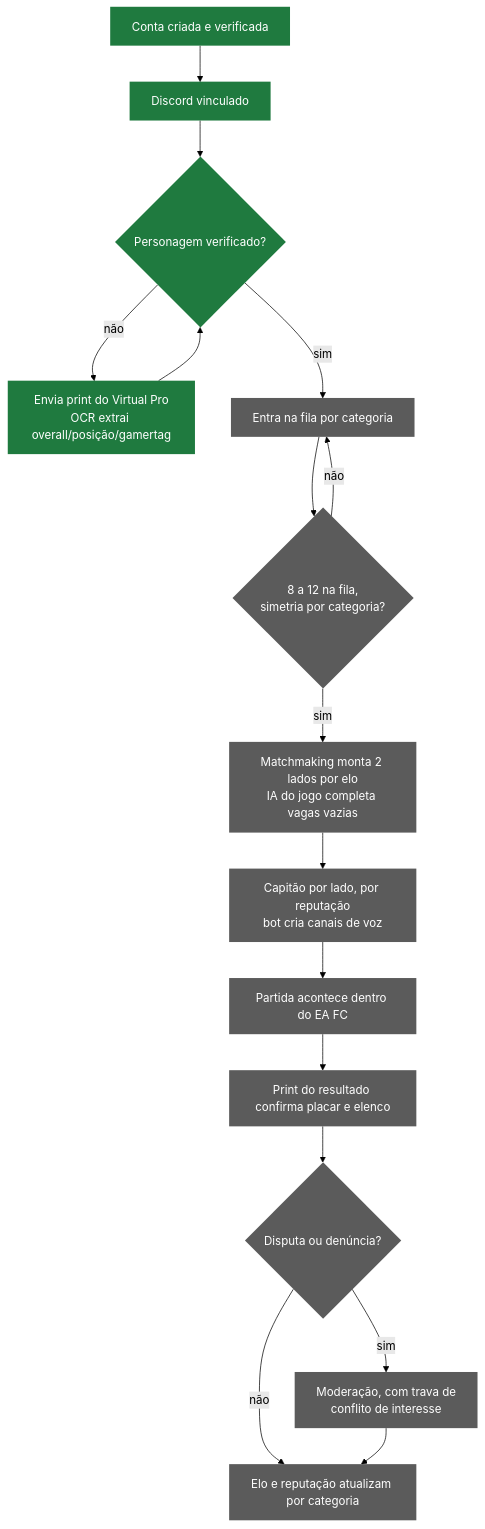
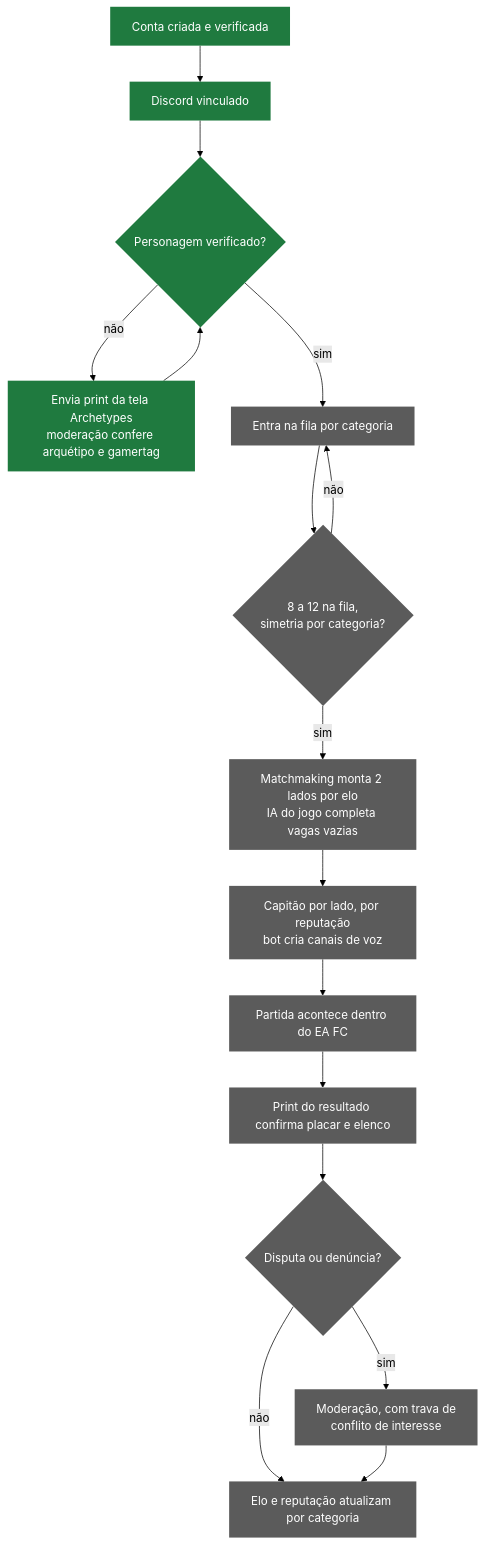
One commit to ljborgess/ProLobby.com changed the first of 3 diagrams in README.md. Above: the diagram before and after it, drawn with Mermaid (forest theme). The commit also changed other lines of this file, not shown here.

````diff
--- a/README.md
+++ b/README.md
@@ -62,23 +62,23 @@
 ```mermaid
 flowchart TD
     A[Conta criada e verificada] --> B[Discord vinculado]
     B --> C{Personagem verificado?}
-    C -->|não| C1[Envia print do Virtual Pro<br/>OCR extrai overall/posição/gamertag]
+    C -->|não| C1[Envia print da tela Archetypes<br/>moderação confere arquétipo e gamertag]
     C1 --> C
     C -->|sim| D[Entra na fila por categoria]
     D --> E{8 a 12 na fila,<br/>simetria por categoria?}
     E -->|não| D
     E -->|sim| F[Matchmaking monta 2 lados por elo<br/>IA do jogo completa vagas vazias]
     F --> G[Capitão por lado, por reputação<br/>bot cria canais de voz]
     G --> H[Partida acontece dentro do EA FC]
     H --> I[Print do resultado confirma placar e elenco]
     I --> J{Disputa ou denúncia?}
     J -->|sim| K[Moderação, com trava de<br/>conflito de interesse]
     J -->|não| L[Elo e reputação atualizam por categoria]
     K --> L
 
     classDef feito fill:#1f7a3f,color:#fff,stroke:none
     classDef fazer fill:#5b5b5b,color:#fff,stroke:none
     class A,B,C,C1 feito
     class D,E,F,G,H,I,J,K,L fazer
 ```
````
